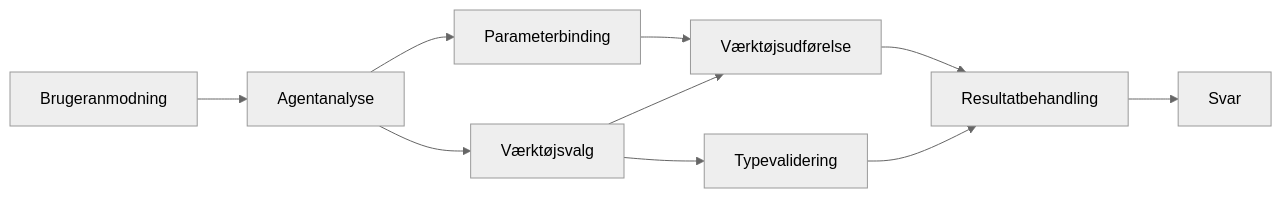
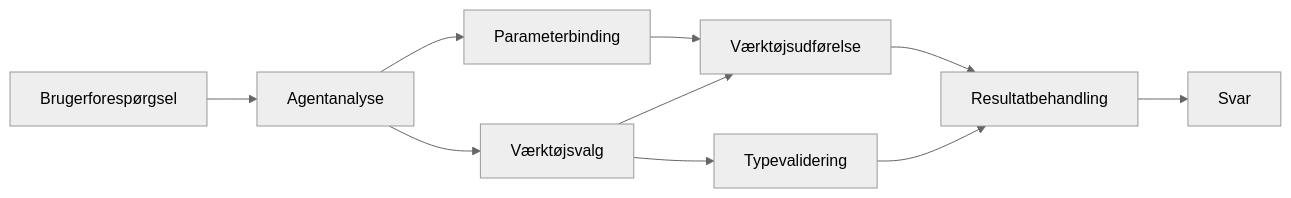
The diagram in translations/da/04-tool-use/code_samples/04-dotnet-agent-framework.md (venturemavenwill/azureaifundamentals), drawn with Mermaid (neutral theme) before and after one commit. The commit also changed other lines of this file and 2002 other files, not shown here.

````diff
--- a/translations/da/04-tool-use/code_samples/04-dotnet-agent-framework.md
+++ b/translations/da/04-tool-use/code_samples/04-dotnet-agent-framework.md
@@ -40,12 +40,12 @@
 ```mermaid
 graph LR
-    A[Brugeranmodning] --> B[Agentanalyse]
+    A[Brugerforespørgsel] --> B[Agentanalyse]
     B --> C[Værktøjsvalg]
     C --> D[Typevalidering]
     B --> E[Parameterbinding]
     E --> F[Værktøjsudførelse]
     C --> F
     F --> G[Resultatbehandling]
     D --> G
     G --> H[Svar]
 ```
````
